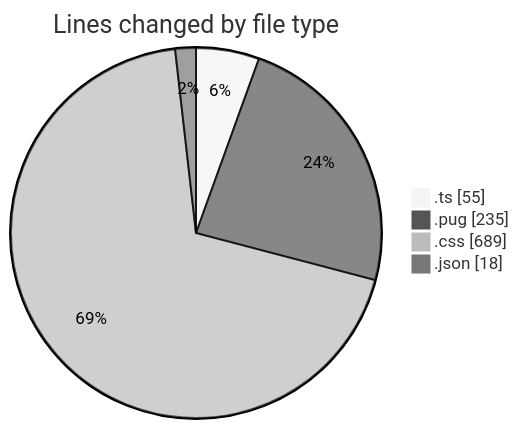
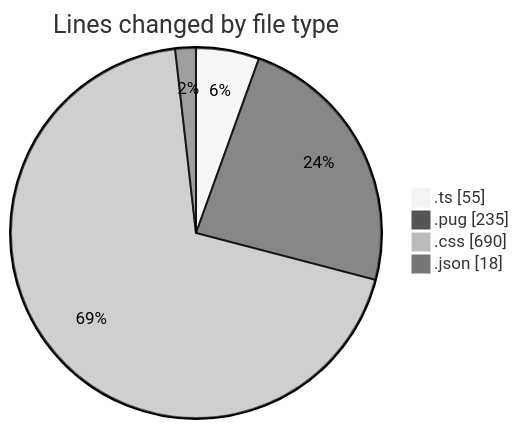
The first of 2 diagrams in 2025-10-31/cda/README.md (momahboobian/code-tracking), drawn with Mermaid (neutral theme) before and after one commit. The commit also changed other lines of this file and 1 other file, not shown here.

````diff
--- a/2025-10-31/cda/README.md
+++ b/2025-10-31/cda/README.md
@@ -26,8 +26,8 @@
 ```mermaid
 pie showData
 title Lines changed by file type
 ".ts" : 55
 ".pug" : 235
-".css" : 689
+".css" : 690
 ".json" : 18
 ```
````
